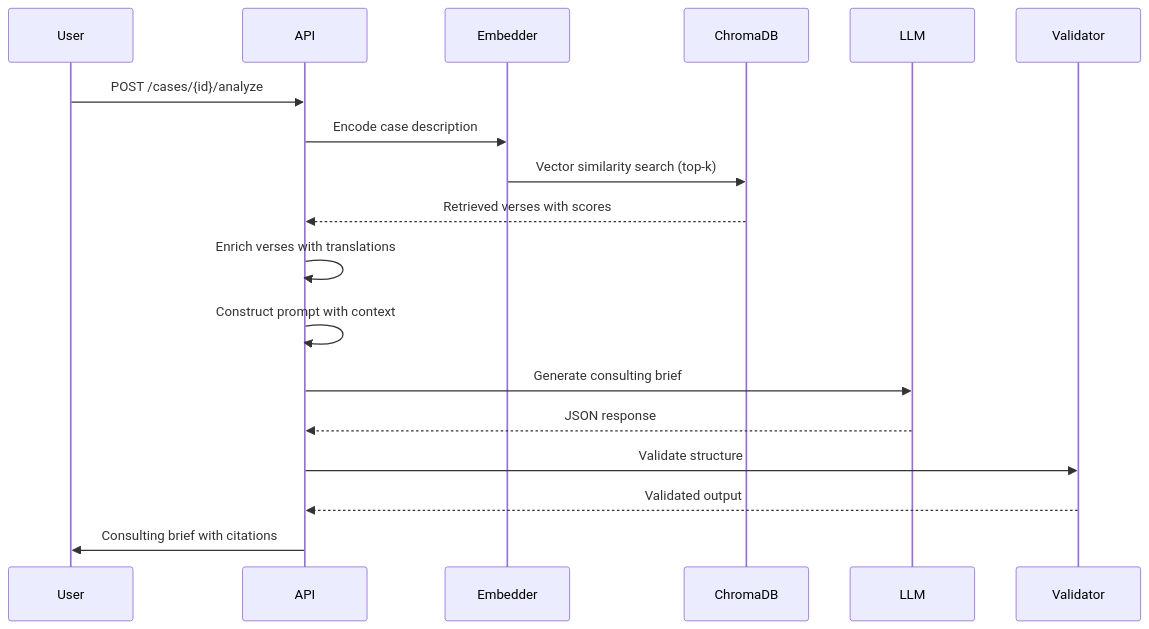
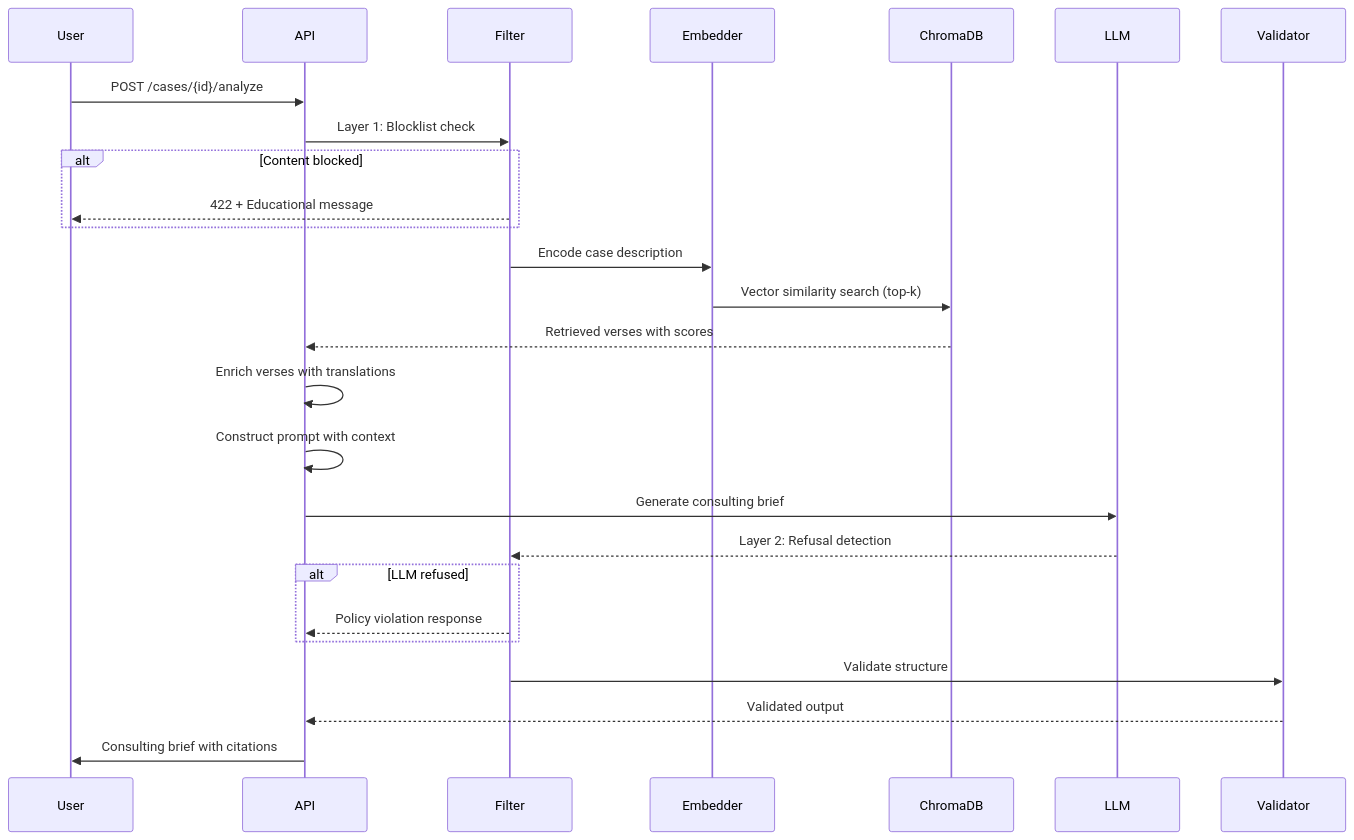
One commit to vnykmshr/geetanjali changed the second of 4 diagrams in docs/building-geetanjali.md. Above: the diagram before and after it, drawn with Mermaid. The commit also changed other lines of this file and 2 other files, not shown here.

First line of the commit message:
docs: add content moderation documentation

````diff
--- a/docs/building-geetanjali.md
+++ b/docs/building-geetanjali.md
@@ -173,21 +173,29 @@
 ```mermaid
 sequenceDiagram
     participant User
     participant API
+    participant Filter
     participant Embedder
     participant ChromaDB
     participant LLM
     participant Validator
 
     User->>API: POST /cases/{id}/analyze
-    API->>Embedder: Encode case description
+    API->>Filter: Layer 1: Blocklist check
+    alt Content blocked
+        Filter-->>User: 422 + Educational message
+    end
+    Filter->>Embedder: Encode case description
     Embedder->>ChromaDB: Vector similarity search (top-k)
     ChromaDB-->>API: Retrieved verses with scores
     API->>API: Enrich verses with translations
     API->>API: Construct prompt with context
     API->>LLM: Generate consulting brief
-    LLM-->>API: JSON response
-    API->>Validator: Validate structure
+    LLM-->>Filter: Layer 2: Refusal detection
+    alt LLM refused
+        Filter-->>API: Policy violation response
+    end
+    Filter->>Validator: Validate structure
     Validator-->>API: Validated output
     API->>User: Consulting brief with citations
 ```
````
